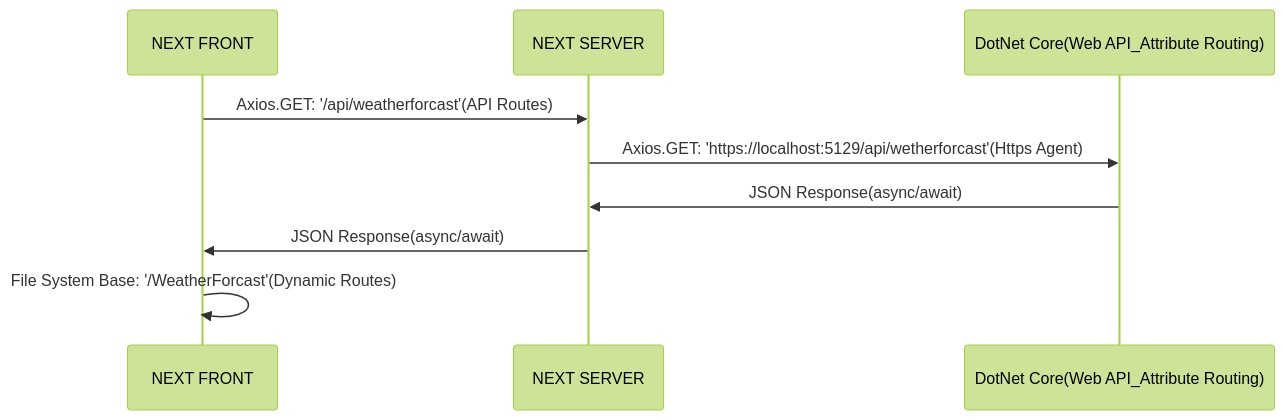
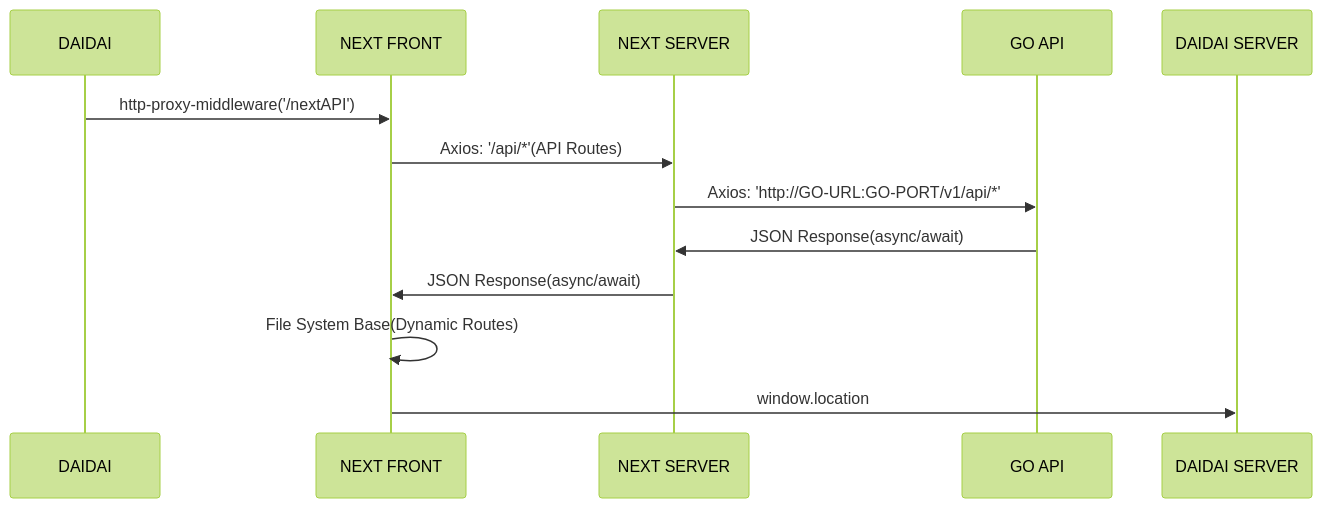
One commit to popCain/reactLearn changed the diagram in communication.md. Above: the diagram before and after it, drawn with Mermaid (forest theme). The commit also changed other lines of this file, not shown here.

````diff
--- a/communication.md
+++ b/communication.md
@@ -13,11 +3,14 @@
 ```mermaid
 sequenceDiagram
+    participant DAIDAI 
     participant NEXT FRONT
     participant NEXT SERVER
-    participant DotNet Core(Web API_Attribute Routing)
-    NEXT FRONT->>NEXT SERVER: Axios.GET: '/api/weatherforcast'(API Routes)
-    NEXT SERVER->>DotNet Core(Web API_Attribute Routing): Axios.GET: 'https://localhost:5129/api/wetherforcast'(Https Agent)
-    DotNet Core(Web API_Attribute Routing)->>NEXT SERVER: JSON Response(async/await)
+    participant GO API
+    DAIDAI->>NEXT FRONT: http-proxy-middleware('/nextAPI')
+    NEXT FRONT->>NEXT SERVER: Axios: '/api/*'(API Routes)
+    NEXT SERVER->>GO API: Axios: 'http://GO-URL:GO-PORT/v1/api/*'
+    GO API->>NEXT SERVER: JSON Response(async/await)
     NEXT SERVER->>NEXT FRONT: JSON Response(async/await)
-    NEXT FRONT->>NEXT FRONT: File System Base: '/WeatherForcast'(Dynamic Routes)
+    NEXT FRONT->>NEXT FRONT: File System Base(Dynamic Routes)
+    NEXT FRONT->>DAIDAI SERVER: window.location
 ```
````
